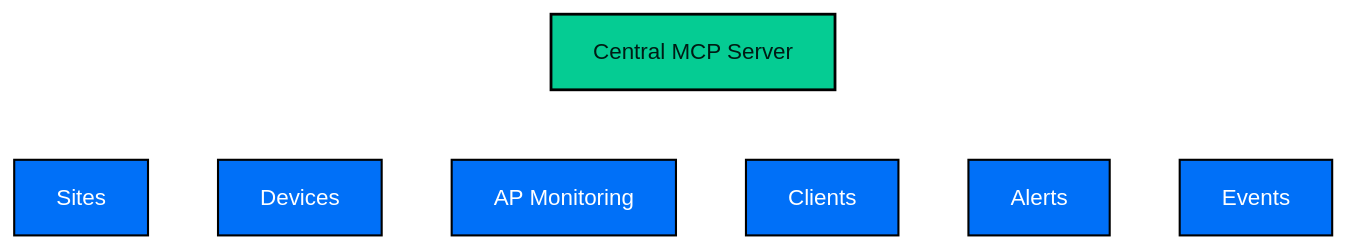
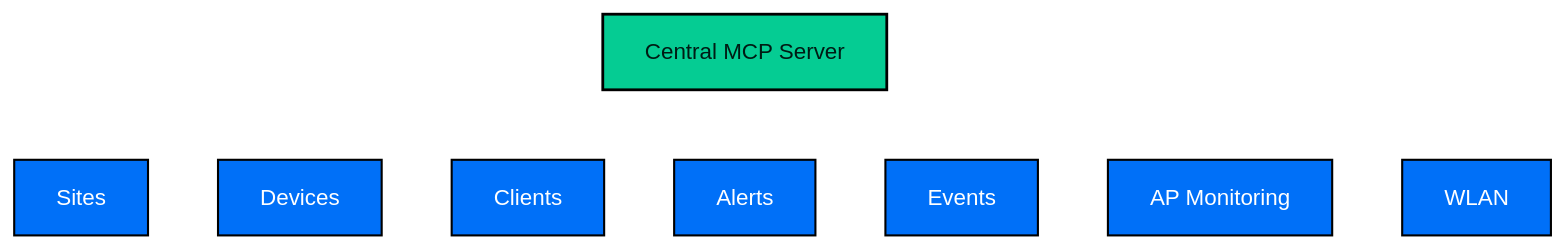
Before and after one commit to KarthikSKumar98/central-mcp-server: the diagram in README.md, drawn with Mermaid.

Commit message:
fix: add WLAN category to the architecture diagram in README for improved clarity

````diff
--- a/README.md
+++ b/README.md
@@ -189,18 +189,19 @@
 ```mermaid
 %%{init: {'theme':'base', 'themeVariables': {'background': '#0b0f1a'}}}%%
 graph TD
     MCP["Central MCP Server"] --> Sites["Sites"]
     MCP --> Devices["Devices"]
-    MCP --> APMon["AP Monitoring"]
     MCP --> Clients["Clients"]
     MCP --> Alerts["Alerts"]
     MCP --> Events["Events"]
+    MCP --> APMon["AP Monitoring"]
+    MCP--> WLAN["WLAN"]
 
     classDef mcp fill:#05cc93,color:#001b14,stroke:#000000,stroke-width:2px;
     classDef tool fill:#0070f8,color:#ffffff,stroke:#000000,stroke-width:1.5px;
 
     class MCP mcp;
-    class Sites,Devices,APMon,Clients,Alerts,Events tool;
+    class Sites,Devices,APMon,Clients,Alerts,Events,WLAN tool;
 
     linkStyle default stroke:#ffffff,stroke-width:2px;
 ```
````
